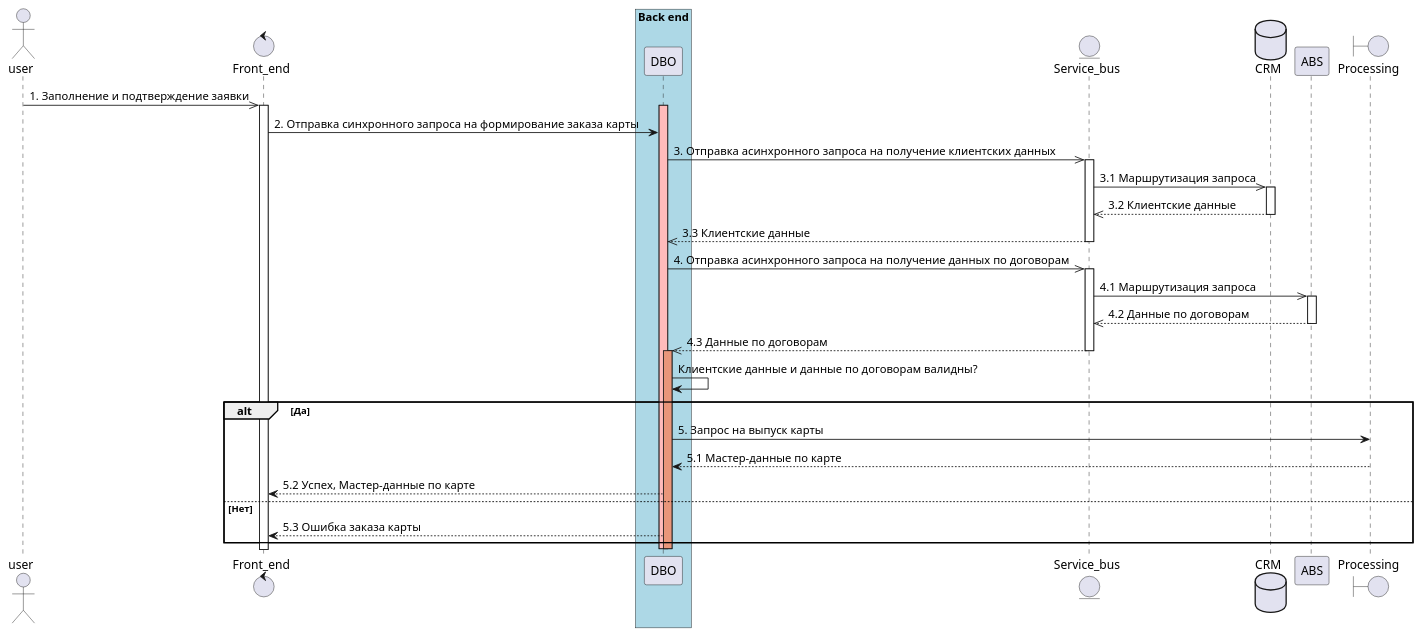
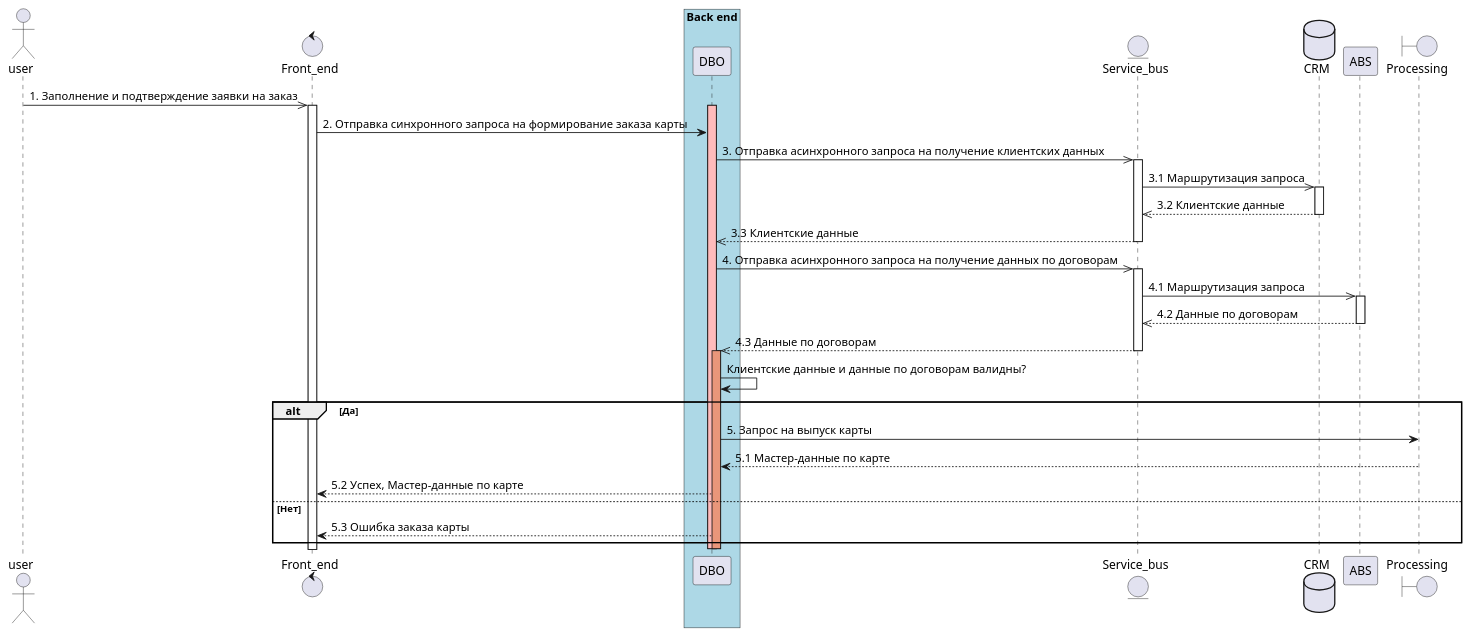
Before and after one commit to milovdg/UMLPractice: the diagram in UML practice/docs/diagrams/src/Test task/PochtaBank-sequence.wsd, drawn with PlantUML.

```diff
--- a/UML practice/docs/diagrams/src/Test task/PochtaBank-sequence.wsd
+++ b/UML practice/docs/diagrams/src/Test task/PochtaBank-sequence.wsd
@@ -1,47 +1,47 @@
 @startuml First practice
 
 actor user
 control Front_end
 
 box "Back end" #LightBlue
     participant DBO
 end box
 
 entity Service_bus
 database CRM
 participant ABS
 boundary Processing
 
 
-user ->> Front_end ++: 1. Заполнение и подтверждение заявки
+user ->> Front_end ++: 1. Заполнение и подтверждение заявки на заказ
 
 activate DBO #FFBBBB
 Front_end -> DBO : 2. Отправка синхронного запроса на формирование заказа карты
 DBO ->> Service_bus ++: 3. Отправка асинхронного запроса на получение клиентских данных
 Service_bus ->> CRM ++: 3.1 Маршрутизация запроса
 CRM -->> Service_bus --: 3.2 Клиентские данные
 Service_bus -->> DBO --: 3.3 Клиентские данные
 DBO ->> Service_bus ++: 4. Отправка асинхронного запроса на получение данных по договорам
 Service_bus ->> ABS ++: 4.1 Маршрутизация запроса
 ABS -->> Service_bus --: 4.2 Данные по договорам
 Service_bus -->> DBO --: 4.3 Данные по договорам
 
 activate DBO #DarkSalmon
 
 DBO -> DBO: Клиентские данные и данные по договорам валидны?
 
 alt Да
 
     DBO -> Processing : 5. Запрос на выпуск карты
     Processing --> DBO : 5.1 Мастер-данные по карте
     DBO --> Front_end : 5.2 Успех, Мастер-данные по карте
 else Нет
 
     DBO --> Front_end : 5.3 Ошибка заказа карты
 
 end
 
 deactivate DBO
 deactivate DBO
 
 @enduml
```
